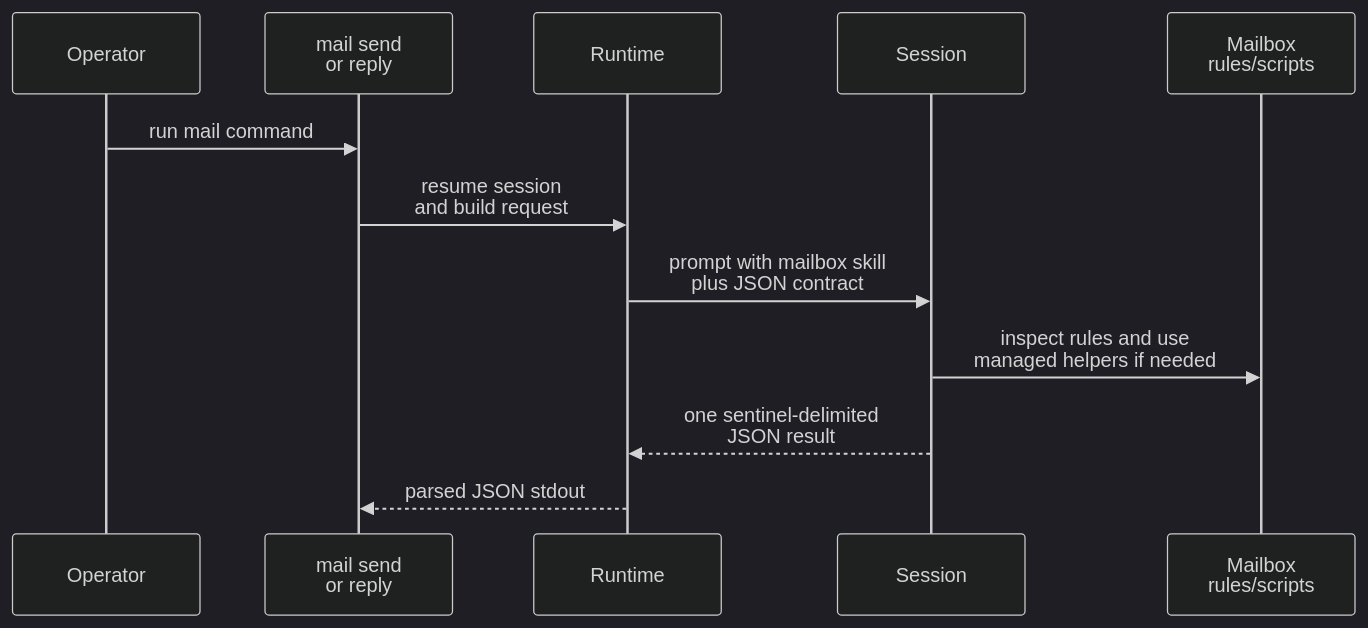
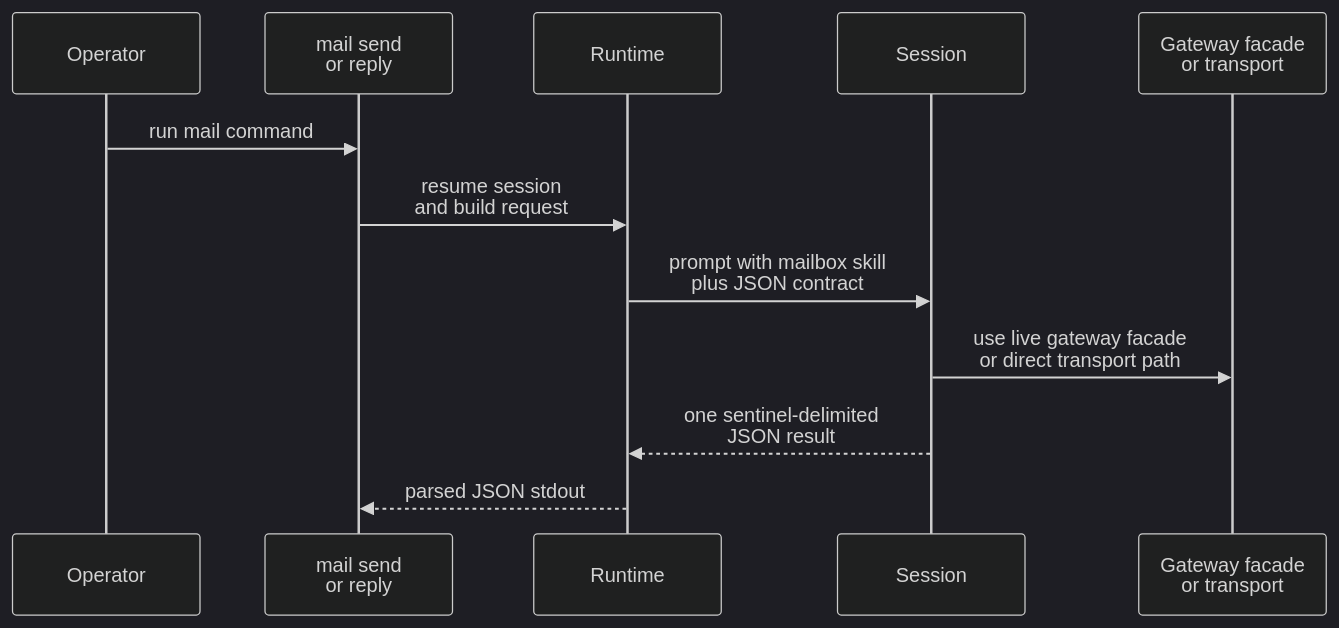
The second of 2 diagrams in docs/reference/mailbox/quickstart.md (igamenovoer/houmao), drawn with Mermaid (dark theme) before and after one commit. The commit also changed other lines of this file and 13 other files, not shown here.

````diff
--- a/docs/reference/mailbox/quickstart.md
+++ b/docs/reference/mailbox/quickstart.md
@@ -132,14 +147,14 @@
 ```mermaid
 sequenceDiagram
     participant Op as Operator
     participant CLI as mail send<br/>or reply
     participant RT as Runtime
     participant Ses as Session
-    participant FS as Mailbox<br/>rules/scripts
+    participant MB as Gateway facade<br/>or transport
     Op->>CLI: run mail command
     CLI->>RT: resume session<br/>and build request
     RT->>Ses: prompt with mailbox skill<br/>plus JSON contract
-    Ses->>FS: inspect rules and use<br/>managed helpers if needed
+    Ses->>MB: use live gateway facade<br/>or direct transport path
     Ses-->>RT: one sentinel-delimited<br/>JSON result
     RT-->>CLI: parsed JSON stdout
 ```
````
